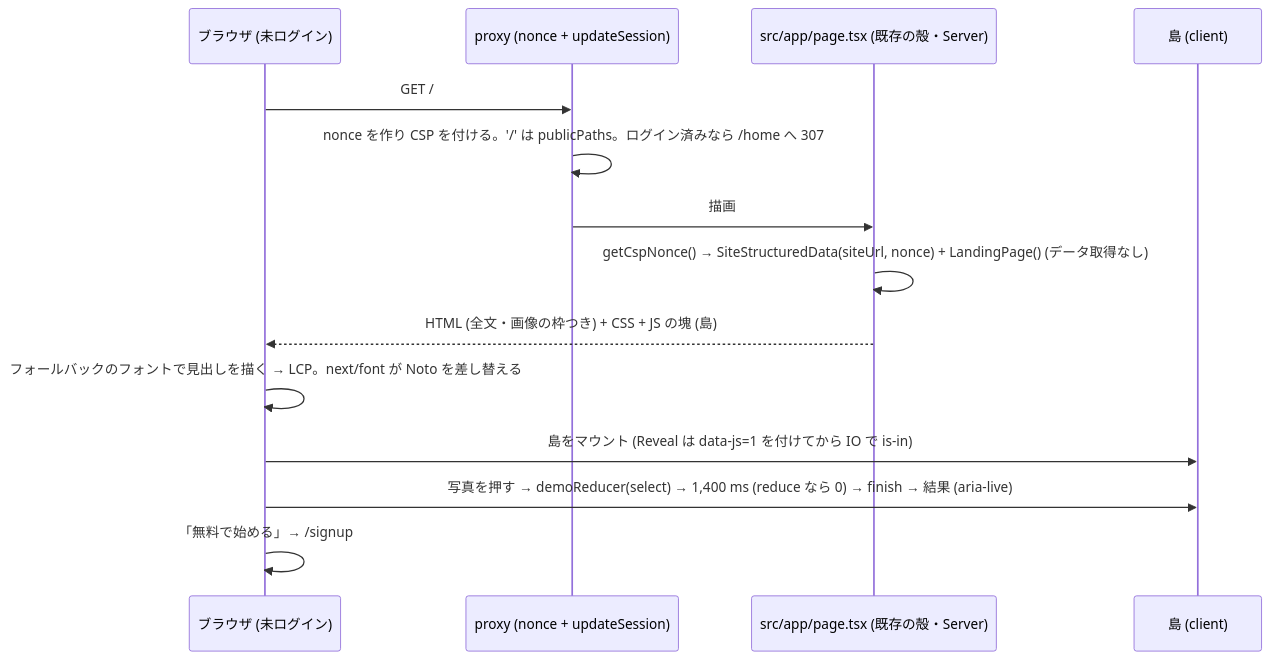
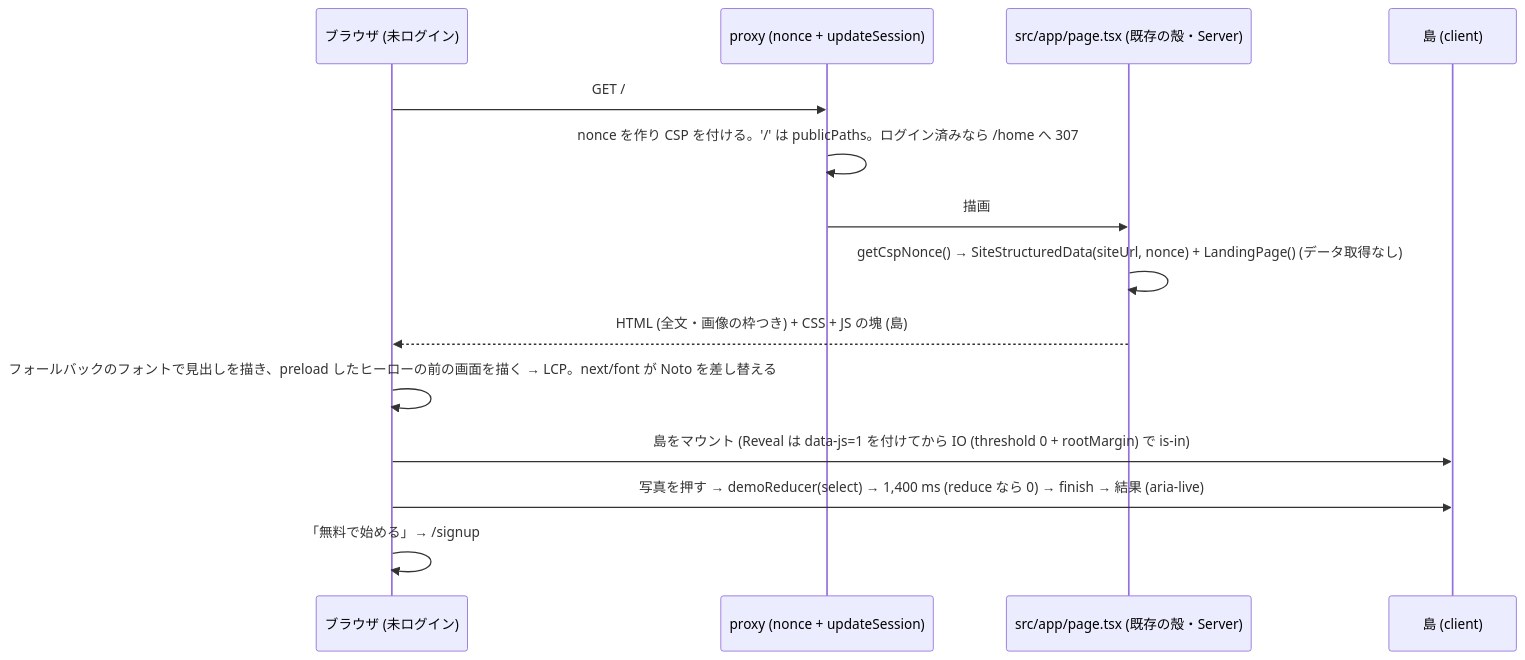
One commit to DaisukeHori/homegohan-app changed the diagram in docs/design/marketing/01-landing-site.md. Above: the diagram before and after it, drawn with Mermaid. The commit also changed other lines of this file and 1 other file, not shown here.

````diff
--- a/docs/design/marketing/01-landing-site.md
+++ b/docs/design/marketing/01-landing-site.md
@@ -2329,17 +2376,17 @@
 ```mermaid
 sequenceDiagram
     participant B as ブラウザ (未ログイン)
     participant P as proxy (nonce + updateSession)
     participant S as src/app/page.tsx (既存の殻・Server)
     participant I as 島 (client)
 
     B->>P: GET /
     P->>P: nonce を作り CSP を付ける。'/' は publicPaths。ログイン済みなら /home へ 307
     P->>S: 描画
     S->>S: getCspNonce() → SiteStructuredData(siteUrl, nonce) + LandingPage() (データ取得なし)
     S-->>B: HTML (全文・画像の枠つき) + CSS + JS の塊 (島)
-    B->>B: フォールバックのフォントで見出しを描く → LCP。next/font が Noto を差し替える
-    B->>I: 島をマウント (Reveal は data-js=1 を付けてから IO で is-in)
+    B->>B: フォールバックのフォントで見出しを描き、preload したヒーローの前の画面を描く → LCP。next/font が Noto を差し替える
+    B->>I: 島をマウント (Reveal は data-js=1 を付けてから IO (threshold 0 + rootMargin) で is-in)
     B->>I: 写真を押す → demoReducer(select) → 1,400 ms (reduce なら 0) → finish → 結果 (aria-live)
     B->>B: 「無料で始める」→ /signup
 ```
````
